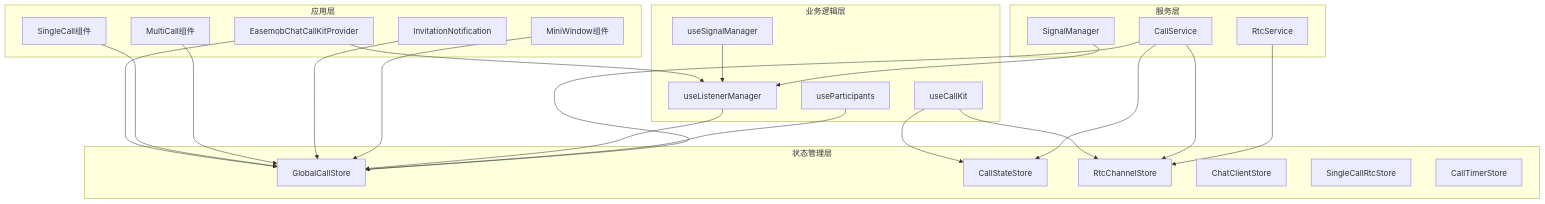
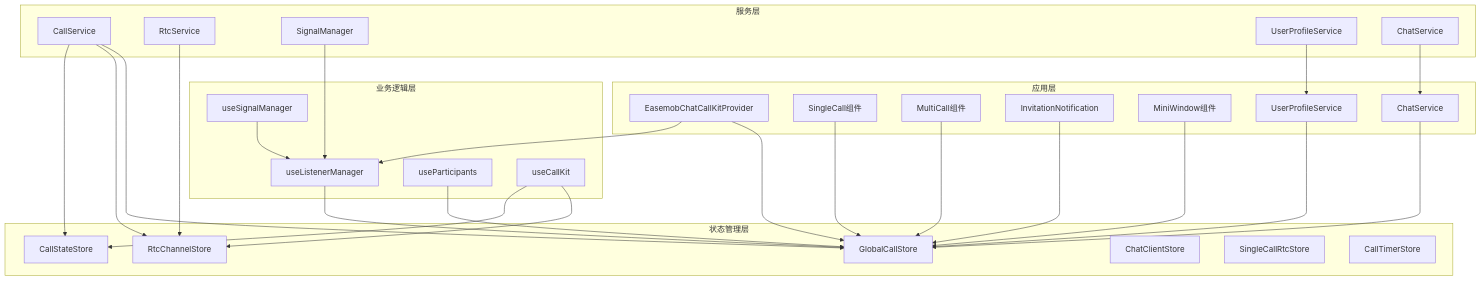
One commit to Easemob-Community/easemob-uikit-callkit-vue3 changed the fourth of 13 diagrams in .qoder/repowiki/zh/content/状态管理/GlobalCallStore 全局通话状态.md. Above: the diagram before and after it, drawn with Mermaid. The commit also changed other lines of this file and 15 other files, not shown here.

````diff
--- a/.qoder/repowiki/zh/content/状态管理/GlobalCallStore 全局通话状态.md
+++ b/.qoder/repowiki/zh/content/状态管理/GlobalCallStore 全局通话状态.md
@@ -174,45 +199,53 @@
 ```mermaid
 graph TB
 subgraph "应用层"
 A[EasemobChatCallKitProvider]
 B[SingleCall组件]
 C[MultiCall组件]
 D[InvitationNotification]
 E[MiniWindow组件]
+F[UserProfileService]
+G[ChatService]
 end
 subgraph "状态管理层"
-F[GlobalCallStore]
-G[CallStateStore]
-H[RtcChannelStore]
-I[ChatClientStore]
-J[SingleCallRtcStore]
-K[CallTimerStore]
+H[GlobalCallStore]
+I[CallStateStore]
+J[RtcChannelStore]
+K[ChatClientStore]
+L[SingleCallRtcStore]
+M[CallTimerStore]
 end
 subgraph "业务逻辑层"
-L[useListenerManager]
-M[useParticipants]
-N[useCallKit]
-O[useSignalManager]
+N[useListenerManager]
+O[useParticipants]
+P[useCallKit]
+Q[useSignalManager]
 end
 subgraph "服务层"
-P[CallService]
-Q[RtcService]
-R[SignalManager]
+R[CallService]
+S[RtcService]
+T[SignalManager]
+U[UserProfileService]
+V[ChatService]
 end
-A --> L
-A --> F
-B --> F
-C --> F
-D --> F
-E --> F
-L --> F
-M --> F
-N --> G
+A --> N
+A --> H
+B --> H
+C --> H
+D --> H
+E --> H
+F --> H
+G --> H
 N --> H
-O --> L
-P --> G
-P --> H
-P --> F
-Q --> H
-R --> L
+O --> H
+P --> I
+P --> J
+Q --> N
+R --> I
+R --> J
+R --> H
+S --> J
+T --> N
+U --> F
+V --> G
 ```
````
